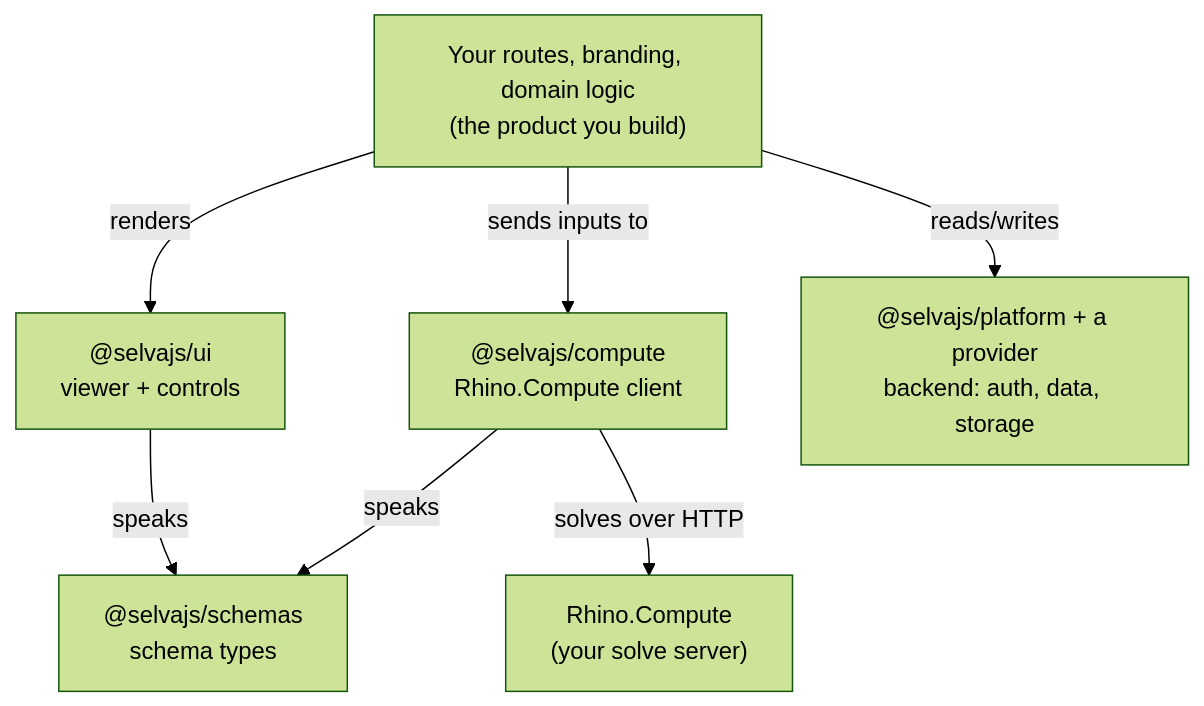
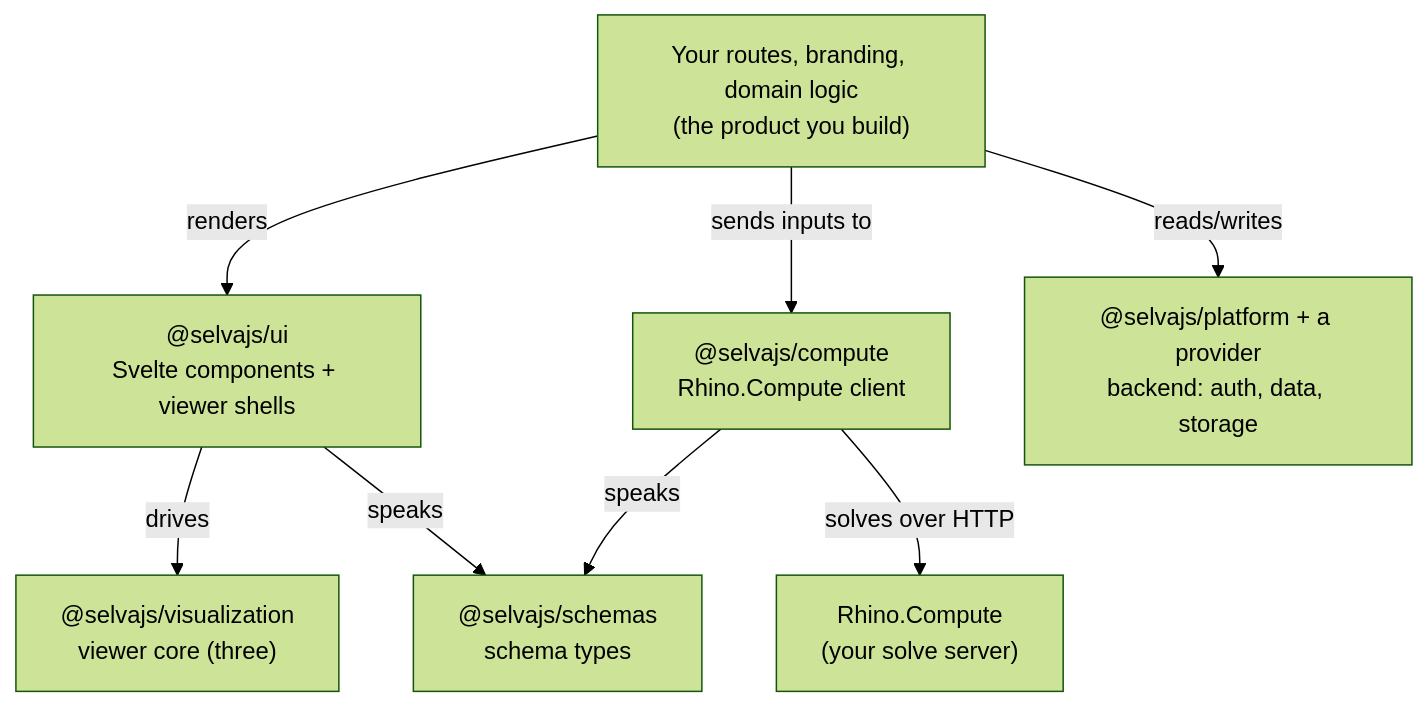
Before and after one commit to VektorNode/selva: the diagram in docs/packages/build/overview.md, drawn with Mermaid (forest theme). The commit also changed other lines of this file and 122 other files, not shown here.

````diff
--- a/docs/packages/build/overview.md
+++ b/docs/packages/build/overview.md
@@ -18,16 +16,18 @@
 ```mermaid
 flowchart TB
     routes["Your routes, branding, domain logic<br/>(the product you build)"]
-    ui["@selvajs/ui<br/>viewer + controls"]
+    ui["@selvajs/ui<br/>Svelte components + viewer shells"]
+    viz["@selvajs/visualization<br/>viewer core (three)"]
     compute["@selvajs/compute<br/>Rhino.Compute client"]
     schemas["@selvajs/schemas<br/>schema types"]
     platform["@selvajs/platform + a provider<br/>backend: auth, data, storage"]
     rc["Rhino.Compute<br/>(your solve server)"]
 
     routes -->|renders| ui
     routes -->|reads/writes| platform
     routes -->|sends inputs to| compute
+    ui -->|drives| viz
     ui -->|speaks| schemas
     compute -->|speaks| schemas
     compute -->|solves over HTTP| rc
 ```
````
